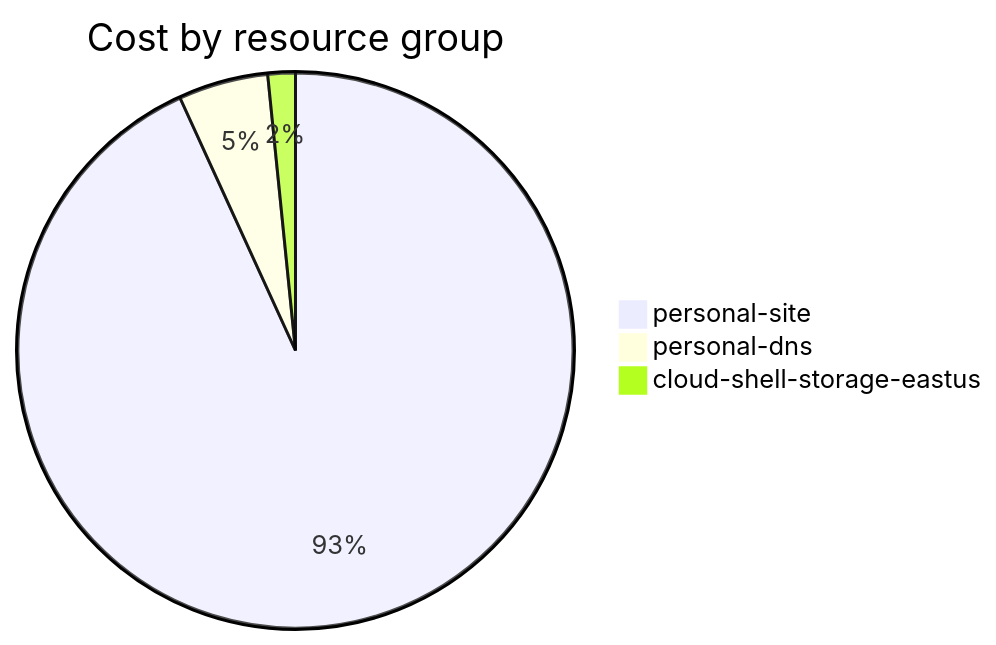
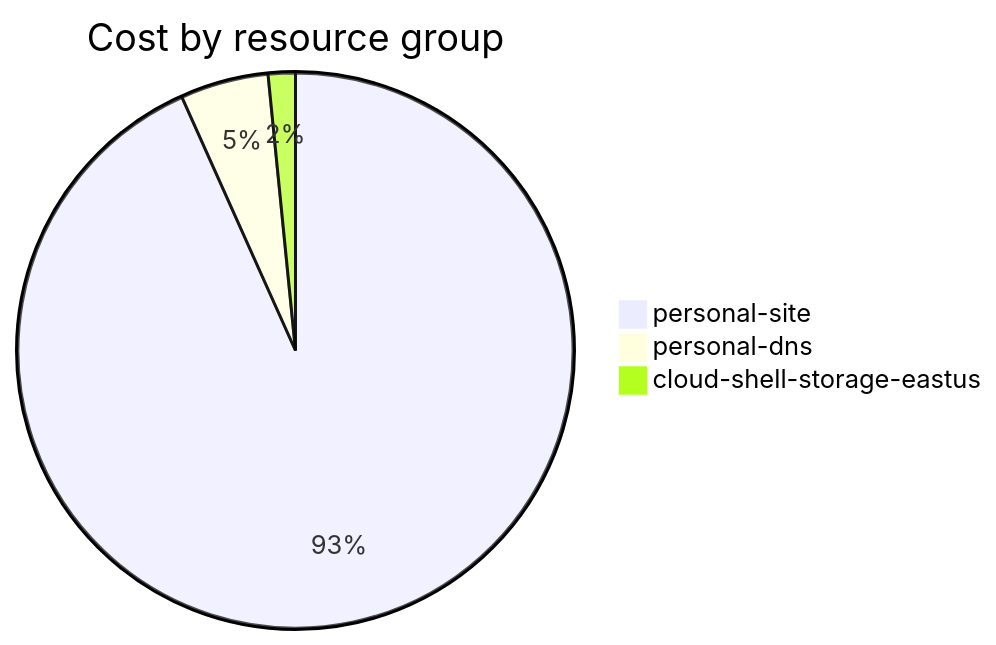
One commit to jpfulton/azure-personal-reports changed the fourth of 4 diagrams in cost-reports/accumulated-cost.md. Above: the diagram before and after it, drawn with Mermaid. The commit also changed other lines of this file and 4 other files, not shown here.

````diff
--- a/cost-reports/accumulated-cost.md
+++ b/cost-reports/accumulated-cost.md
@@ -141,7 +141,7 @@
 ```mermaid
 pie
    title Cost by resource group
-   "personal-site" : 8.74
-   "personal-dns" : 0.49
-   "cloud-shell-storage-eastus" : 0.15
+   "personal-site" : 9.46
+   "personal-dns" : 0.52
+   "cloud-shell-storage-eastus" : 0.16
 ```
````
